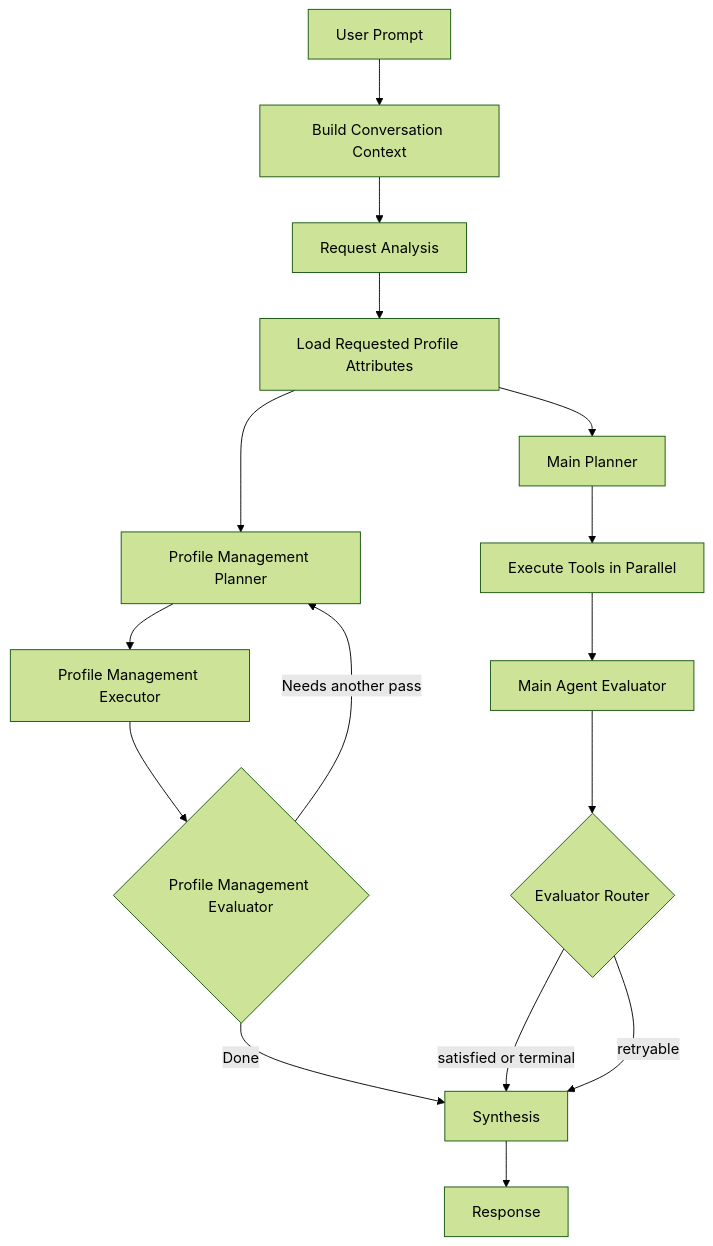
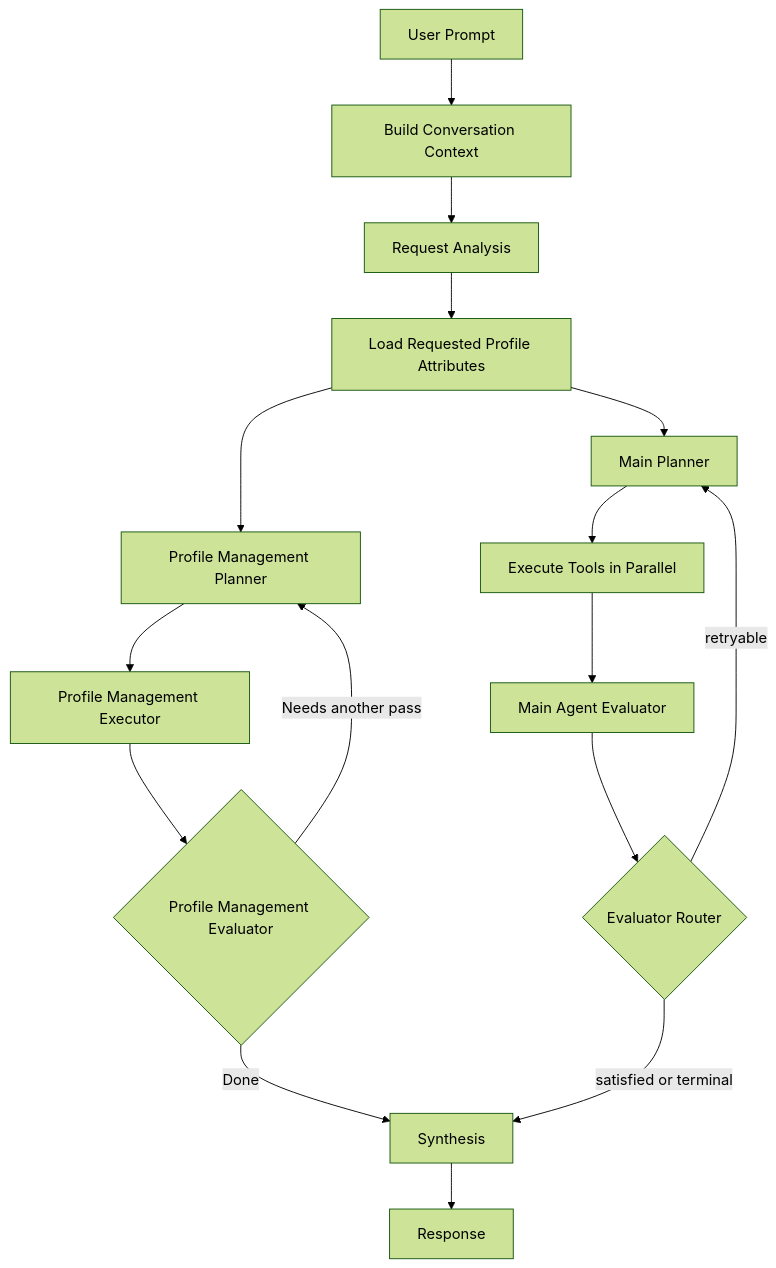
The diagram in README.md (mikeshutov/llm_poc), drawn with Mermaid (forest theme) before and after one commit.

````diff
--- a/README.md
+++ b/README.md
@@ -36,19 +36,19 @@
 ```mermaid
 flowchart TD
     A[User Prompt] --> B[Build Conversation Context]
     B --> C[Request Analysis]
     C --> D[Load Requested Profile Attributes]
     D --> P1[Main Planner]
     D --> PMP[Profile Management Planner]
     PMP --> PMX[Profile Management Executor]
     PMX --> PMV{Profile Management Evaluator}
     PMV -->|Needs another pass| PMP
     PMV -->|Done| S[Synthesis]
     P1 --> X[Execute Tools in Parallel]
     X --> EV[Main Agent Evaluator]
 
     EV --> ER{Evaluator Router}
     ER -->|satisfied or terminal| S
-    ER -->|retryable| S
+    ER -->|retryable| P1
     S --> L[Response]
 ```
````
